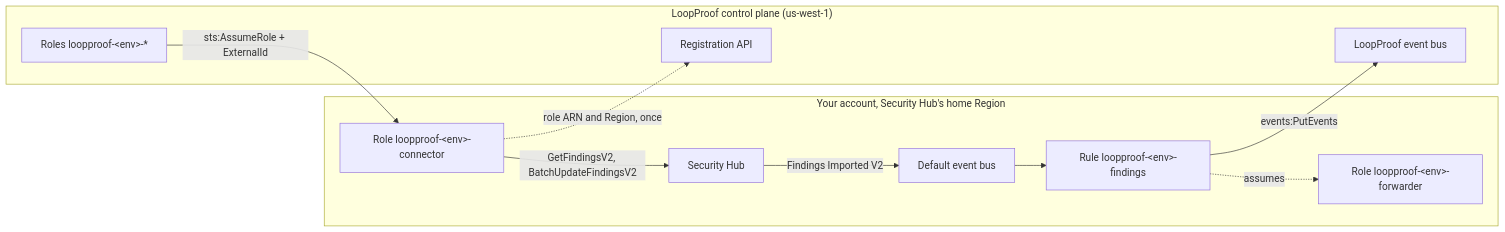
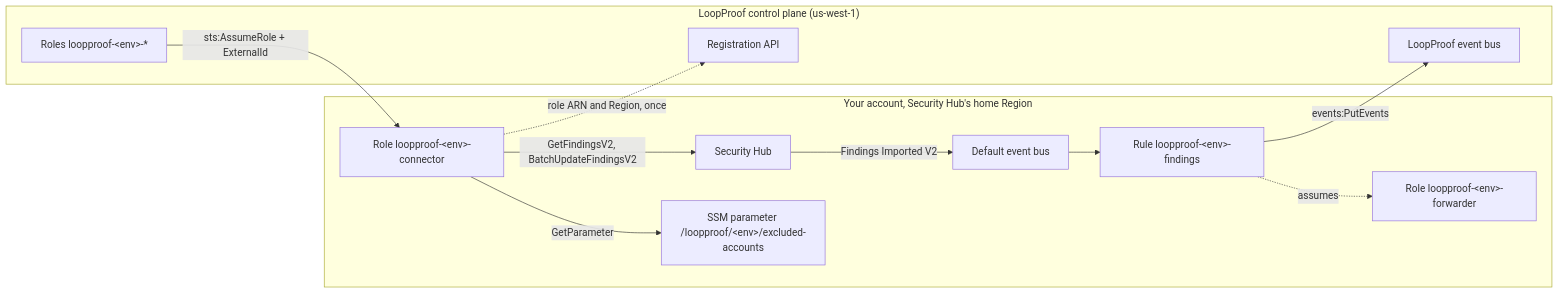
Before and after one commit to infrahouse/terraform-aws-loopproof-connector: the diagram in docs/architecture.md, drawn with Mermaid. The commit also changed other lines of this file and 28 other files, not shown here.

First line of the commit message:
feat: add excluded_accounts, filtered at the edge and published in SSM

````diff
--- a/docs/architecture.md
+++ b/docs/architecture.md
@@ -3,21 +3,23 @@
 ```mermaid
 flowchart LR
     subgraph tenant["Your account, Security Hub's home Region"]
         SH["Security Hub"]
         DB["Default event bus"]
         RULE["Rule loopproof-&lt;env&gt;-findings"]
         FWD["Role loopproof-&lt;env&gt;-forwarder"]
         CONN["Role loopproof-&lt;env&gt;-connector"]
+        PARAM["SSM parameter /loopproof/&lt;env&gt;/excluded-accounts"]
         SH -- "Findings Imported V2" --> DB --> RULE
         RULE -. assumes .-> FWD
     end
     subgraph cp["LoopProof control plane (us-west-1)"]
         BUS["LoopProof event bus"]
         CPR["Roles loopproof-&lt;env&gt;-*"]
         API["Registration API"]
     end
     RULE -- "events:PutEvents" --> BUS
     CPR -- "sts:AssumeRole + ExternalId" --> CONN
     CONN -- "GetFindingsV2, BatchUpdateFindingsV2" --> SH
+    CONN -- "GetParameter" --> PARAM
     CONN -. "role ARN and Region, once" .-> API
 ```
````
